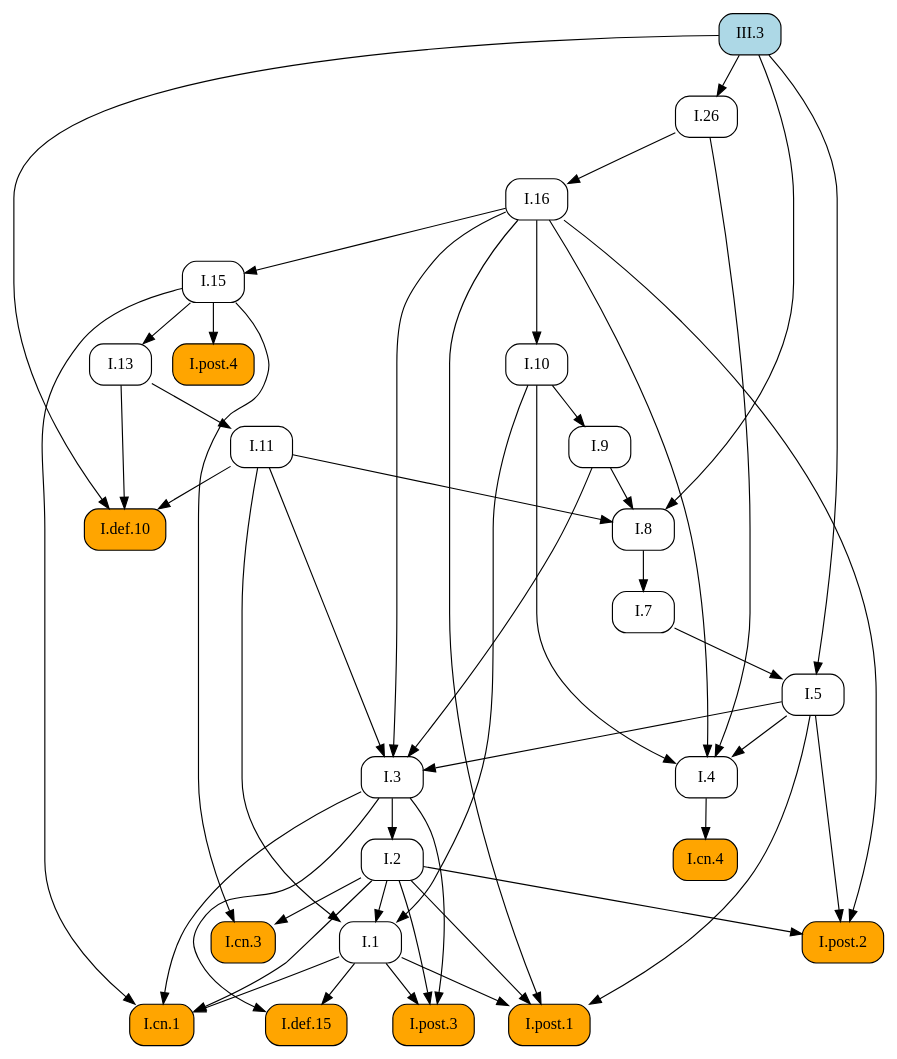
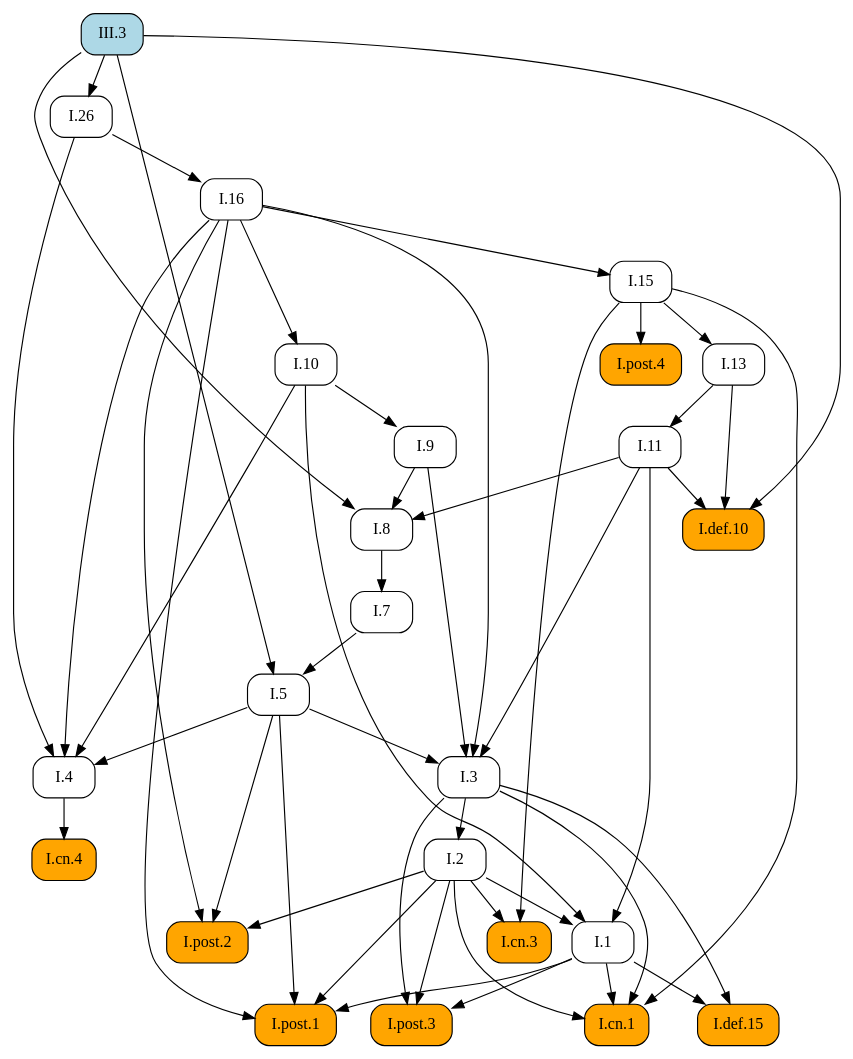
One commit to geometor/elements changed the diagram in docsrc/elements2/III/3/index.rst. Above: the diagram before and after it, drawn with Graphviz. The commit also changed other lines of this file and 171 other files, not shown here.

```diff
--- a/docsrc/elements2/III/3/index.rst
+++ b/docsrc/elements2/III/3/index.rst
@@ -80,78 +80,78 @@
 .. graphviz::
 
    digraph {
      rankdir="TB";
      node [shape=box, style=rounded];
+     "I.8" [URL="/elements2/I/8/", target="_top"];
+     "I.post.3" [style="rounded,filled", fillcolor=orange, URL="/elements2/I/post.3/", target="_top"];
+     "I.1" [URL="/elements2/I/1/", target="_top"];
+     "I.cn.4" [style="rounded,filled", fillcolor=orange, URL="/elements2/I/cn.4/", target="_top"];
+     "I.cn.3" [style="rounded,filled", fillcolor=orange, URL="/elements2/I/cn.3/", target="_top"];
+     "I.7" [URL="/elements2/I/7/", target="_top"];
+     "I.post.1" [style="rounded,filled", fillcolor=orange, URL="/elements2/I/post.1/", target="_top"];
+     "I.9" [URL="/elements2/I/9/", target="_top"];
+     "I.5" [URL="/elements2/I/5/", target="_top"];
+     "I.cn.1" [style="rounded,filled", fillcolor=orange, URL="/elements2/I/cn.1/", target="_top"];
      "I.16" [URL="/elements2/I/16/", target="_top"];
      "I.def.10" [style="rounded,filled", fillcolor=orange, URL="/elements2/I/def.10/", target="_top"];
-     "I.9" [URL="/elements2/I/9/", target="_top"];
-     "I.8" [URL="/elements2/I/8/", target="_top"];
+     "I.post.4" [style="rounded,filled", fillcolor=orange, URL="/elements2/I/post.4/", target="_top"];
+     "I.13" [URL="/elements2/I/13/", target="_top"];
+     "III.3" [style="rounded,filled", fillcolor=lightblue, URL="/elements2/III/3/", target="_top"];
      "I.2" [URL="/elements2/I/2/", target="_top"];
+     "I.def.15" [style="rounded,filled", fillcolor=orange, URL="/elements2/I/def.15/", target="_top"];
+     "I.4" [URL="/elements2/I/4/", target="_top"];
+     "I.11" [URL="/elements2/I/11/", target="_top"];
+     "I.10" [URL="/elements2/I/10/", target="_top"];
      "I.15" [URL="/elements2/I/15/", target="_top"];
+     "I.3" [URL="/elements2/I/3/", target="_top"];
+     "I.post.2" [style="rounded,filled", fillcolor=orange, URL="/elements2/I/post.2/", target="_top"];
      "I.26" [URL="/elements2/I/26/", target="_top"];
-     "I.cn.4" [style="rounded,filled", fillcolor=orange, URL="/elements2/I/cn.4/", target="_top"];
-     "I.def.15" [style="rounded,filled", fillcolor=orange, URL="/elements2/I/def.15/", target="_top"];
-     "I.post.3" [style="rounded,filled", fillcolor=orange, URL="/elements2/I/post.3/", target="_top"];
-     "I.1" [URL="/elements2/I/1/", target="_top"];
-     "III.3" [style="rounded,filled", fillcolor=lightblue, URL="/elements2/III/3/", target="_top"];
-     "I.post.2" [style="rounded,filled", fillcolor=orange, URL="/elements2/I/post.2/", target="_top"];
-     "I.13" [URL="/elements2/I/13/", target="_top"];
-     "I.10" [URL="/elements2/I/10/", target="_top"];
-     "I.post.1" [style="rounded,filled", fillcolor=orange, URL="/elements2/I/post.1/", target="_top"];
-     "I.7" [URL="/elements2/I/7/", target="_top"];
-     "I.post.4" [style="rounded,filled", fillcolor=orange, URL="/elements2/I/post.4/", target="_top"];
-     "I.cn.1" [style="rounded,filled", fillcolor=orange, URL="/elements2/I/cn.1/", target="_top"];
-     "I.3" [URL="/elements2/I/3/", target="_top"];
-     "I.cn.3" [style="rounded,filled", fillcolor=orange, URL="/elements2/I/cn.3/", target="_top"];
-     "I.11" [URL="/elements2/I/11/", target="_top"];
-     "I.5" [URL="/elements2/I/5/", target="_top"];
-     "I.4" [URL="/elements2/I/4/", target="_top"];
-     "I.26" -> "I.16";
-     "I.11" -> "I.def.10";
-     "I.13" -> "I.def.10";
-     "III.3" -> "I.def.10";
-     "I.10" -> "I.9";
      "I.9" -> "I.8";
      "I.11" -> "I.8";
      "III.3" -> "I.8";
-     "I.3" -> "I.2";
-     "I.16" -> "I.15";
-     "III.3" -> "I.26";
-     "I.4" -> "I.cn.4";
-     "I.1" -> "I.def.15";
-     "I.3" -> "I.def.15";
      "I.1" -> "I.post.3";
      "I.2" -> "I.post.3";
      "I.3" -> "I.post.3";
      "I.2" -> "I.1";
      "I.10" -> "I.1";
      "I.11" -> "I.1";
-     "I.2" -> "I.post.2";
-     "I.5" -> "I.post.2";
-     "I.16" -> "I.post.2";
-     "I.15" -> "I.13";
-     "I.16" -> "I.10";
+     "I.4" -> "I.cn.4";
+     "I.2" -> "I.cn.3";
+     "I.15" -> "I.cn.3";
+     "I.8" -> "I.7";
      "I.1" -> "I.post.1";
      "I.2" -> "I.post.1";
      "I.5" -> "I.post.1";
      "I.16" -> "I.post.1";
-     "I.8" -> "I.7";
-     "I.15" -> "I.post.4";
+     "I.10" -> "I.9";
+     "I.7" -> "I.5";
+     "III.3" -> "I.5";
      "I.1" -> "I.cn.1";
      "I.2" -> "I.cn.1";
      "I.3" -> "I.cn.1";
      "I.15" -> "I.cn.1";
+     "I.26" -> "I.16";
+     "I.11" -> "I.def.10";
+     "I.13" -> "I.def.10";
+     "III.3" -> "I.def.10";
+     "I.15" -> "I.post.4";
+     "I.15" -> "I.13";
+     "I.3" -> "I.2";
+     "I.1" -> "I.def.15";
+     "I.3" -> "I.def.15";
+     "I.5" -> "I.4";
+     "I.10" -> "I.4";
+     "I.16" -> "I.4";
+     "I.26" -> "I.4";
+     "I.13" -> "I.11";
+     "I.16" -> "I.10";
+     "I.16" -> "I.15";
      "I.5" -> "I.3";
      "I.9" -> "I.3";
      "I.11" -> "I.3";
      "I.16" -> "I.3";
-     "I.2" -> "I.cn.3";
-     "I.15" -> "I.cn.3";
-     "I.13" -> "I.11";
-     "I.7" -> "I.5";
-     "III.3" -> "I.5";
-     "I.5" -> "I.4";
-     "I.10" -> "I.4";
-     "I.16" -> "I.4";
-     "I.26" -> "I.4";
+     "I.2" -> "I.post.2";
+     "I.5" -> "I.post.2";
+     "I.16" -> "I.post.2";
+     "III.3" -> "I.26";
    }
```
